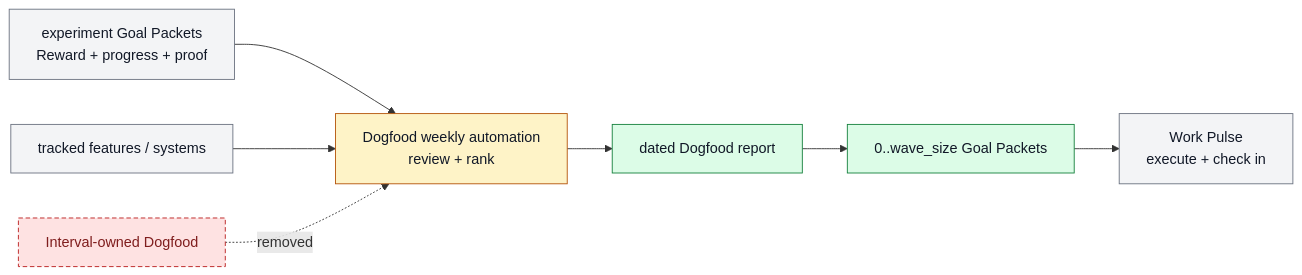
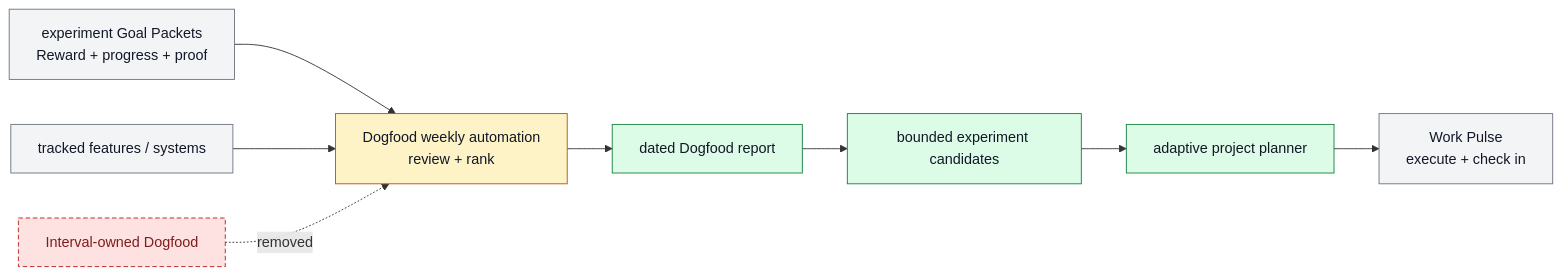
The diagram in docs/features/FEAT-0070-experimental-feature-evaluation-reports.md (ZanarkandTechnologies/Farplane), drawn with Mermaid before and after one commit. The commit also changed other lines of this file and 22 other files, not shown here.

````diff
--- a/docs/features/FEAT-0070-experimental-feature-evaluation-reports.md
+++ b/docs/features/FEAT-0070-experimental-feature-evaluation-reports.md
@@ -123,20 +130,21 @@
 ```mermaid
 flowchart LR
   classDef keep fill:#f3f4f6,stroke:#6b7280,color:#111827
   classDef changed fill:#fef3c7,stroke:#b45309,color:#111827
   classDef added fill:#dcfce7,stroke:#15803d,color:#111827
   classDef retired fill:#fee2e2,stroke:#b91c1c,color:#7f1d1d,stroke-dasharray: 5 3
 
   experiments["experiment Goal Packets<br/>Reward + progress + proof"]:::keep
   registry["tracked features / systems"]:::keep
   dogfood["Dogfood weekly automation<br/>review + rank"]:::changed
   report["dated Dogfood report"]:::added
-  packet["0..wave_size Goal Packets"]:::added
+  packet["bounded experiment candidates"]:::added
   pulse["Work Pulse<br/>execute + check in"]:::keep
   interval["Interval-owned Dogfood"]:::retired
 
   experiments --> dogfood
   registry --> dogfood
-  dogfood --> report --> packet --> pulse
+  planner["adaptive project planner"]:::added
+  dogfood --> report --> packet --> planner --> pulse
   interval -. removed .-> dogfood
 ```
````
